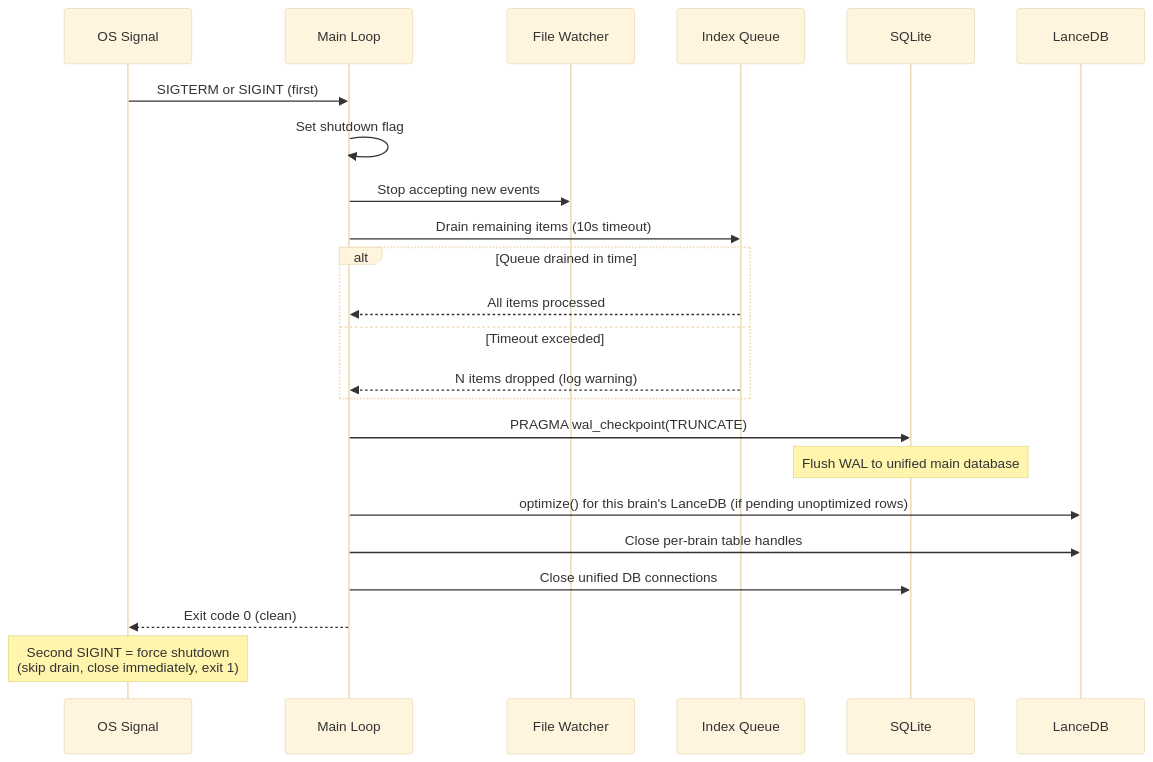
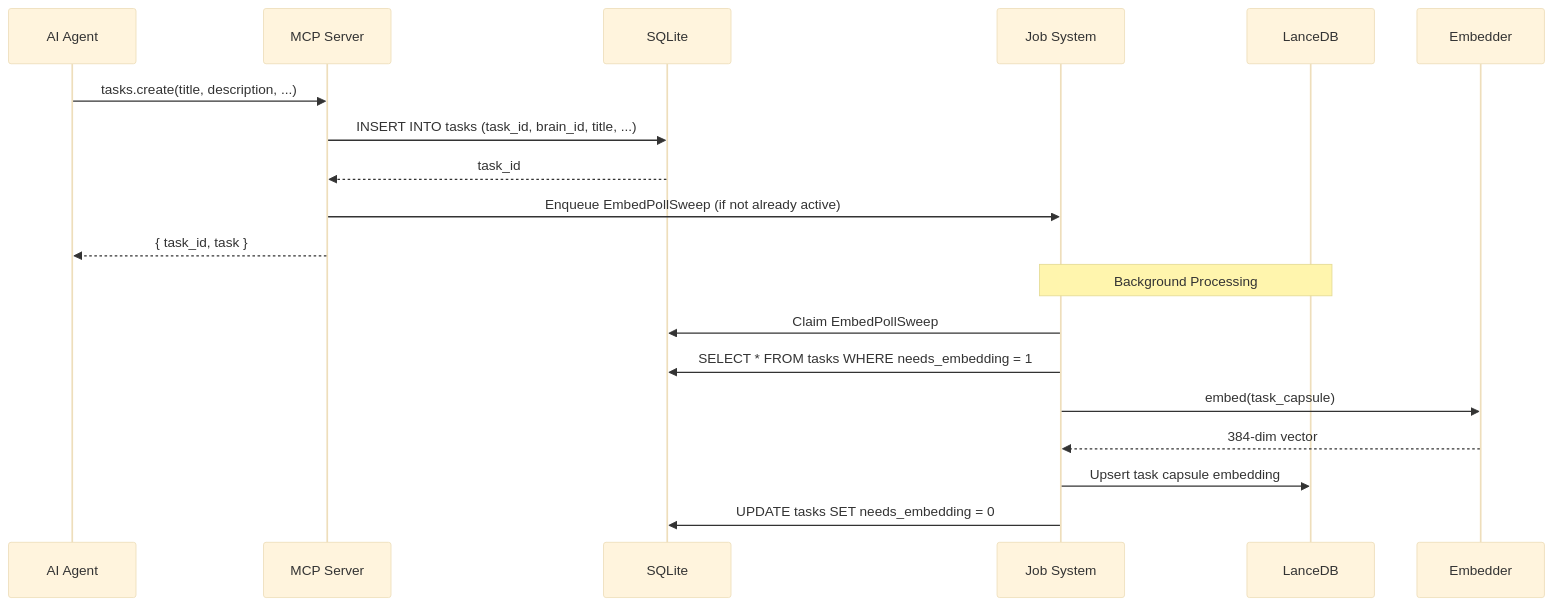
One commit to benediktms/brain changed the second of 4 diagrams in docs/ARCHITECTURE.md. Above: the diagram before and after it, drawn with Mermaid (base theme). The commit also changed other lines of this file and 1 other file, not shown here.

First line of the commit message:
docs: rewrite README and ARCHITECTURE for task-management-first framing

````diff
--- a/docs/ARCHITECTURE.md
+++ b/docs/ARCHITECTURE.md
@@ -452,31 +156,23 @@
 ```mermaid
 sequenceDiagram
-    participant Signal as OS Signal
-    participant Main as Main Loop
-    participant Watcher as File Watcher
-    participant Queue as Index Queue
+    participant Agent as AI Agent
+    participant MCP as MCP Server
     participant DB as SQLite
+    participant Job as Job System
     participant Vec as LanceDB
+    participant Emb as Embedder
 
-    Signal->>Main: SIGTERM or SIGINT (first)
-    Main->>Main: Set shutdown flag
+    Agent->>MCP: tasks.create(title, description, ...)
+    MCP->>DB: INSERT INTO tasks (task_id, brain_id, title, ...)
+    DB-->>MCP: task_id
+    MCP->>Job: Enqueue EmbedPollSweep (if not already active)
+    MCP-->>Agent: { task_id, task }
 
-    Main->>Watcher: Stop accepting new events
-    Main->>Queue: Drain remaining items (10s timeout)
-
-    alt Queue drained in time
-        Queue-->>Main: All items processed
-    else Timeout exceeded
-        Queue-->>Main: N items dropped (log warning)
-    end
-
-    Main->>DB: PRAGMA wal_checkpoint(TRUNCATE)
-    Note over DB: Flush WAL to unified main database
-
-    Main->>Vec: optimize() for this brain's LanceDB (if pending unoptimized rows)
-    Main->>Vec: Close per-brain table handles
-    Main->>DB: Close unified DB connections
-    Main-->>Signal: Exit code 0 (clean)
-
-    Note over Signal: Second SIGINT = force shutdown<br/>(skip drain, close immediately, exit 1)
+    Note over Job,Vec: Background Processing
+    Job->>DB: Claim EmbedPollSweep
+    Job->>DB: SELECT * FROM tasks WHERE needs_embedding = 1
+    Job->>Emb: embed(task_capsule)
+    Emb-->>Job: 384-dim vector
+    Job->>Vec: Upsert task capsule embedding
+    Job->>DB: UPDATE tasks SET needs_embedding = 0
 ```
````
